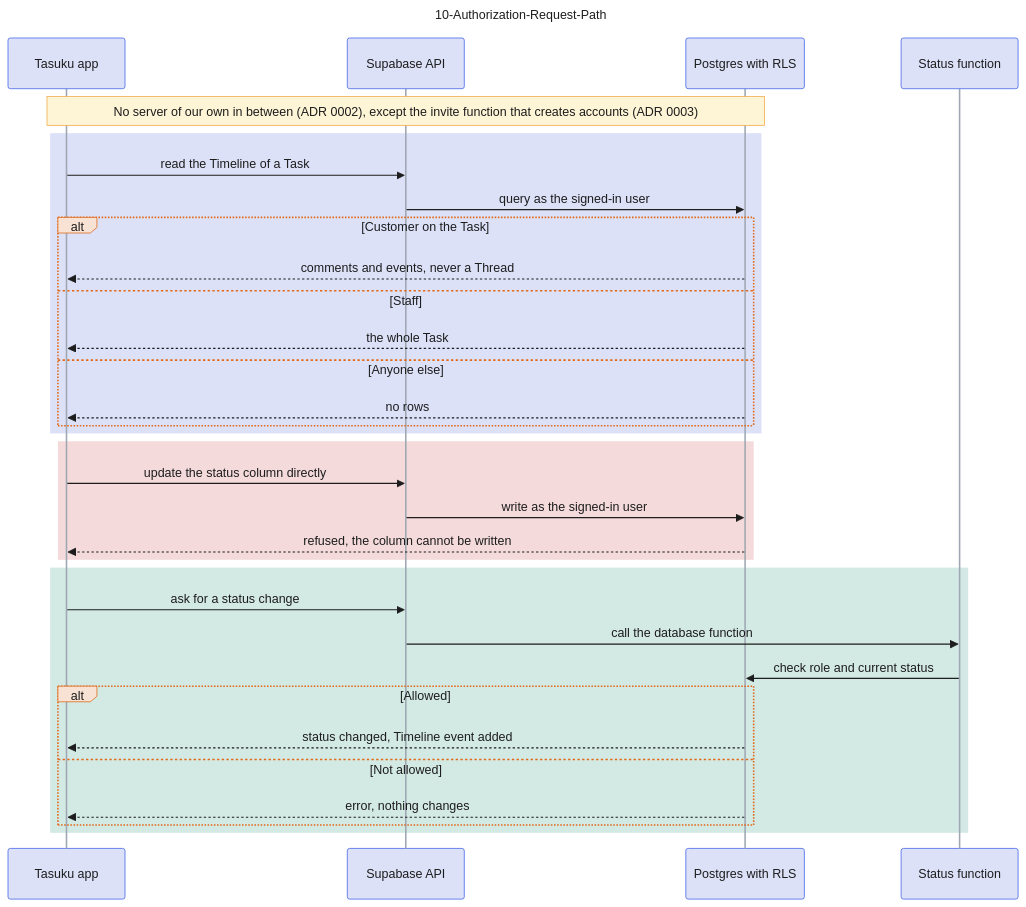
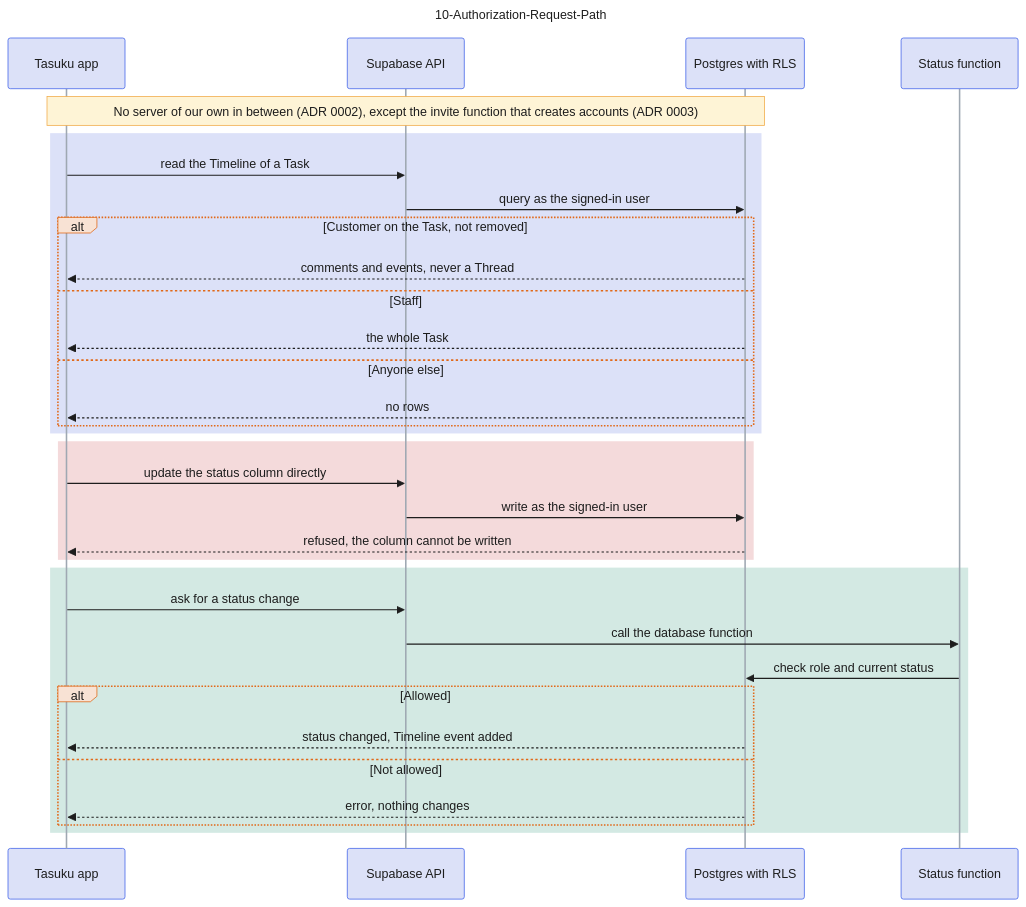
One commit to jedt3d/tasuku changed the diagram in docs/diagram/10-Authorization-Request-Path.md. Above: the diagram before and after it, drawn with Mermaid. The commit also changed other lines of this file and 5 other files, not shown here.

Commit message:
docs: sync the diagrams with removing a Customer (#42)

```diff
--- a/docs/diagram/10-Authorization-Request-Path.md
+++ b/docs/diagram/10-Authorization-Request-Path.md
@@ -87,7 +87,7 @@
   rect rgb(220, 225, 248)
     App->>API: read the Timeline of a Task
     API->>DB: query as the signed-in user
-    alt Customer on the Task
+    alt Customer on the Task, not removed
       DB-->>App: comments and events, never a Thread
     else Staff
       DB-->>App: the whole Task
```
